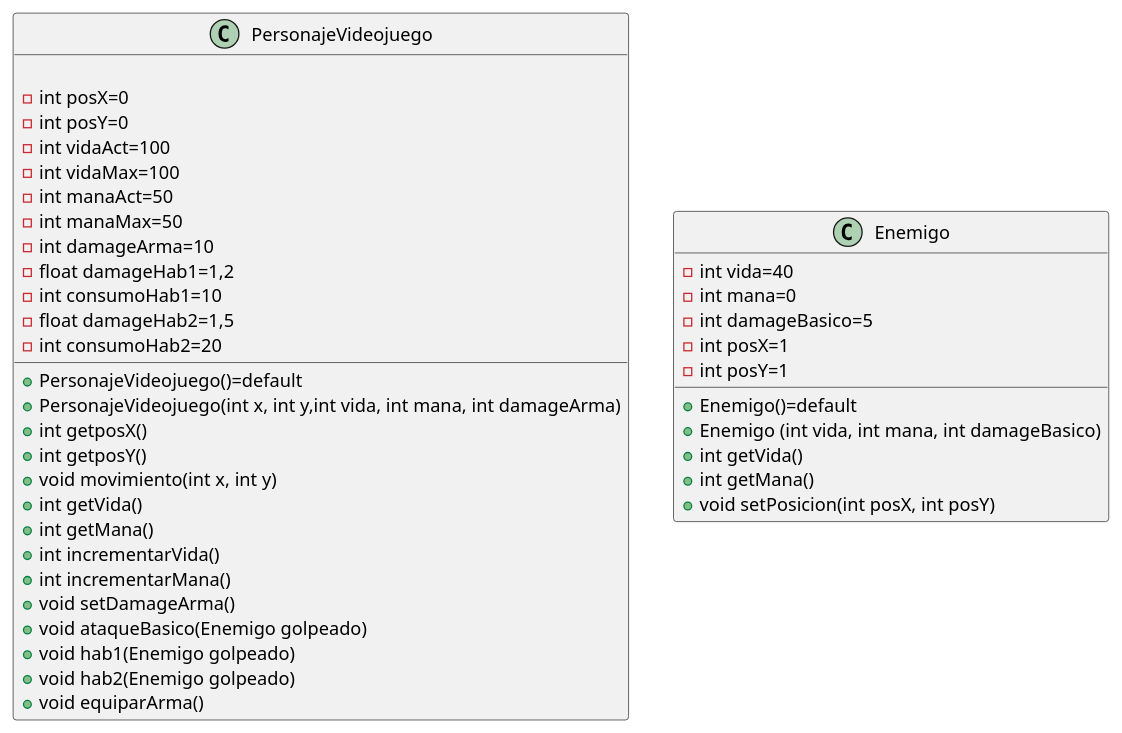
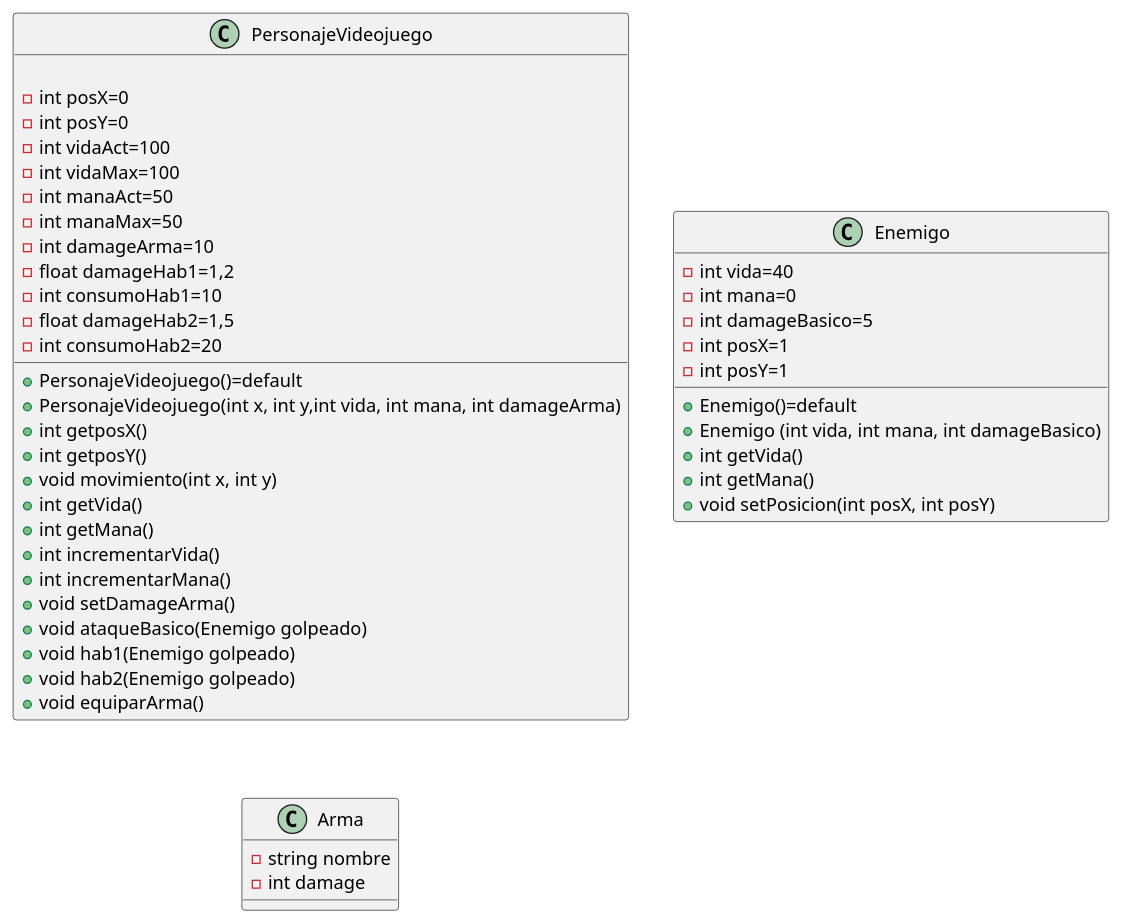
Before and after one commit to Krixtalx/expert-eureka: the diagram in expert-eureka/Diagrama base.puml, drawn with PlantUML. The commit also changed 1 other file, not shown here.

Commit message:
Se añade la clase "Arma"

```diff
--- a/expert-eureka/Diagrama base.puml
+++ b/expert-eureka/Diagrama base.puml
@@ -1,47 +1,52 @@
 @startuml
 
 class PersonajeVideojuego{
 
     +PersonajeVideojuego()=default
     +PersonajeVideojuego(int x, int y,int vida, int mana, int damageArma)
     +int getposX()
     +int getposY()
     +void movimiento(int x, int y)
     +int getVida()
     +int getMana()
     +int incrementarVida()
     +int incrementarMana()
     +void setDamageArma()
     +void ataqueBasico(Enemigo golpeado)
     +void hab1(Enemigo golpeado)
     +void hab2(Enemigo golpeado)
     +void equiparArma()
     
     -int posX=0
     -int posY=0
     -int vidaAct=100
     -int vidaMax=100
     -int manaAct=50
     -int manaMax=50
     -int damageArma=10
     -float damageHab1=1,2
     -int consumoHab1=10
     -float damageHab2=1,5
     -int consumoHab2=20
 }
 
 class Enemigo{
     +Enemigo()=default
     +Enemigo (int vida, int mana, int damageBasico)
     +int getVida()
     +int getMana()
     +void setPosicion(int posX, int posY)
 
     -int vida=40
     -int mana=0
     -int damageBasico=5
     -int posX=1
     -int posY=1
 }
 
+class Arma{
+    -string nombre
+    -int damage
+}
+
 @enduml
```
